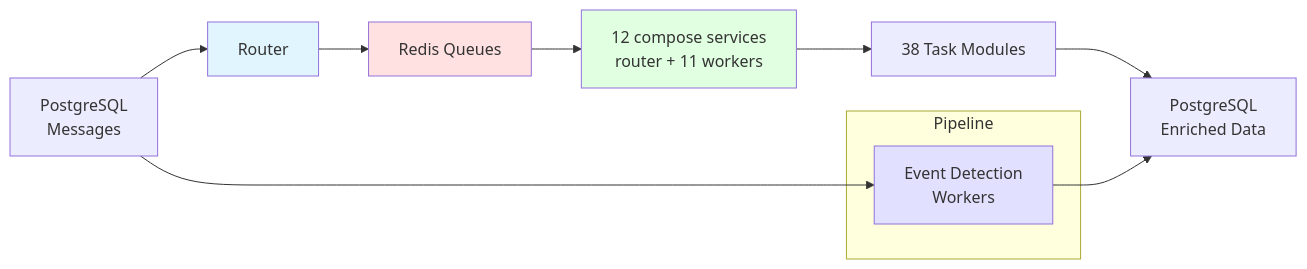
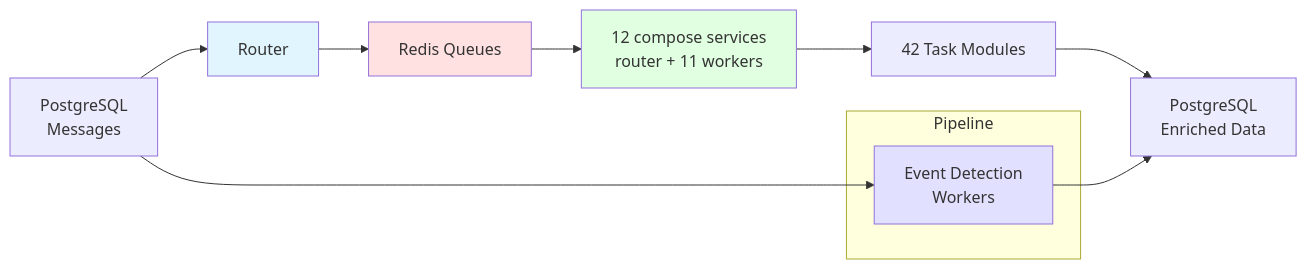
Before and after one commit to osintukraine/osint-platform-docs: the first of 10 diagrams in docs/developer-guide/services/enrichment.md, drawn with Mermaid. The commit also changed other lines of this file and 10 other files, not shown here.

````diff
--- a/docs/developer-guide/services/enrichment.md
+++ b/docs/developer-guide/services/enrichment.md
@@ -9,20 +9,20 @@
 ```mermaid
 graph LR
     A[PostgreSQL<br/>Messages] --> B[Router]
     B --> C[Redis Queues]
     C --> D[12 compose services<br/>router + 11 workers]
-    D --> E[38 Task Modules]
+    D --> E[42 Task Modules]
     E --> F[PostgreSQL<br/>Enriched Data]
 
     subgraph "Pipeline"
         G[Event Detection<br/>Workers]
     end
 
     A --> G
     G --> F
 
     style B fill:#e1f5ff
     style C fill:#ffe1e1
     style D fill:#e1ffe1
     style G fill:#e1e1ff
 ```
````
